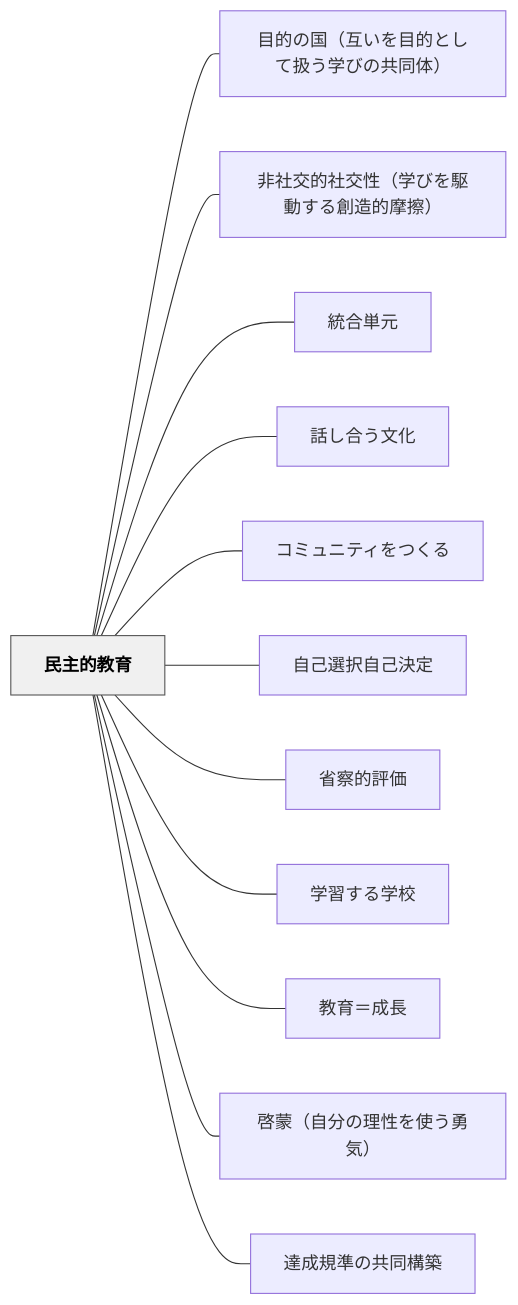
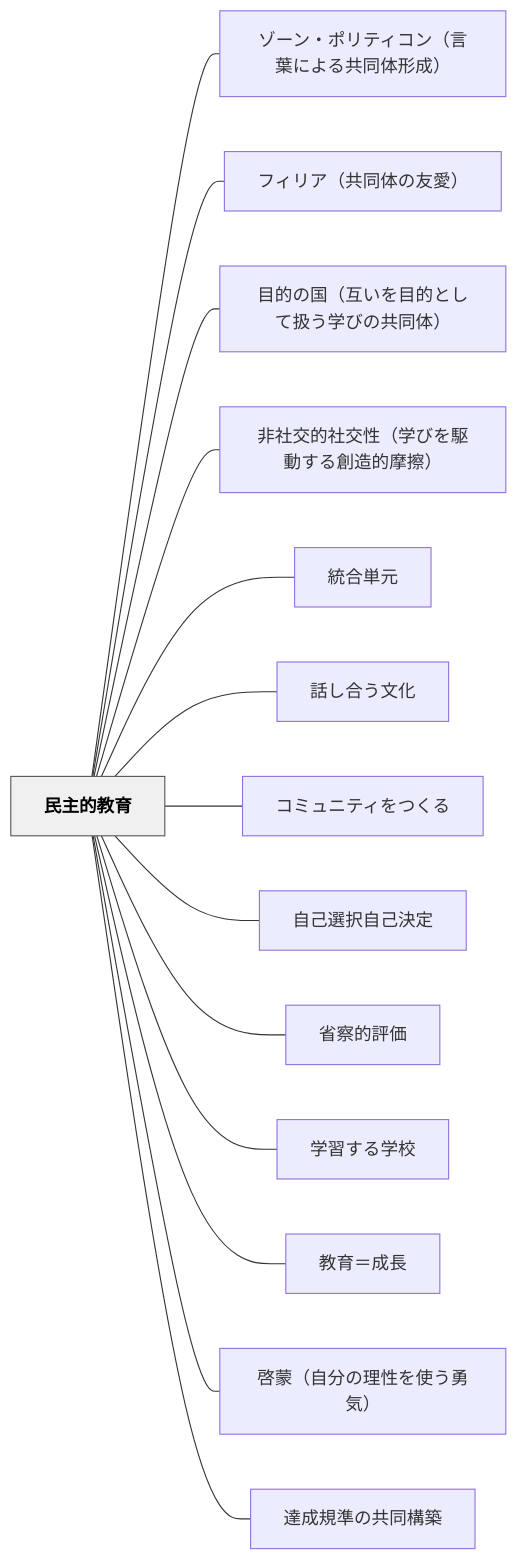
The diagram in content/パタン/民主的教育.md (unknownthings-ed-patterns/unknownthings-ed-patterns), drawn with Mermaid before and after one commit. The commit also changed other lines of this file and 19 other files, not shown here.

````diff
--- a/content/パタン/民主的教育.md
+++ b/content/パタン/民主的教育.md
@@ -154,30 +156,34 @@
 ```mermaid
 flowchart LR
     ne6b091e4b8bbe79a84e69599e882b2["民主的教育"]
+    ne382bee383bce383b3e383bbe3839de383aae38386e382a3e382b3e383b3efbc88e8a880e89189e381abe38288e3828be585b1e5908ce4bd93e5bda2e68890efbc89["ゾーン・ポリティコン（言葉による共同体形成）"]
+    ne38395e382a3e383aae382a2efbc88e585b1e5908ce4bd93e381aee58f8be6849befbc89["フィリア（共同体の友愛）"]
     ne79baee79a84e381aee59bbdefbc88e4ba92e38184e38292e79baee79a84e381a8e38197e381a6e689b1e38186e5ada6e381b3e381aee585b1e5908ce4bd93efbc89["目的の国（互いを目的として扱う学びの共同体）"]
     ne99d9ee7a4bee4baa4e79a84e7a4bee4baa4e680a7efbc88e5ada6e381b3e38292e9a786e58b95e38199e3828be589b5e980a0e79a84e691a9e693a6efbc89["非社交的社交性（学びを駆動する創造的摩擦）"]
     ne7b5b1e59088e58d98e58583["統合単元"]
     ne8a9b1e38197e59088e38186e69687e58c96["話し合う文化"]
     ne382b3e3839fe383a5e3838be38386e382a3e38292e381a4e3818fe3828b["コミュニティをつくる"]
     ne887aae5b7b1e981b8e68a9ee887aae5b7b1e6b1bae5ae9a["自己選択自己決定"]
     ne79c81e5af9fe79a84e8a995e4bea1["省察的評価"]
     ne5ada6e7bf92e38199e3828be5ada6e6a0a1["学習する学校"]
     ne69599e882b2efbc9de68890e995b7["教育＝成長"]
     ne59593e89299efbc88e887aae58886e381aee79086e680a7e38292e4bdbfe38186e58b87e6b097efbc89["啓蒙（自分の理性を使う勇気）"]
     ne98194e68890e8a68fe6ba96e381aee585b1e5908ce6a78be7af89["達成規準の共同構築"]
 
+    ne6b091e4b8bbe79a84e69599e882b2 --- ne382bee383bce383b3e383bbe3839de383aae38386e382a3e382b3e383b3efbc88e8a880e89189e381abe38288e3828be585b1e5908ce4bd93e5bda2e68890efbc89
+    ne6b091e4b8bbe79a84e69599e882b2 --- ne38395e382a3e383aae382a2efbc88e585b1e5908ce4bd93e381aee58f8be6849befbc89
     ne6b091e4b8bbe79a84e69599e882b2 --- ne79baee79a84e381aee59bbdefbc88e4ba92e38184e38292e79baee79a84e381a8e38197e381a6e689b1e38186e5ada6e381b3e381aee585b1e5908ce4bd93efbc89
     ne6b091e4b8bbe79a84e69599e882b2 --- ne99d9ee7a4bee4baa4e79a84e7a4bee4baa4e680a7efbc88e5ada6e381b3e38292e9a786e58b95e38199e3828be589b5e980a0e79a84e691a9e693a6efbc89
     ne6b091e4b8bbe79a84e69599e882b2 --- ne7b5b1e59088e58d98e58583
     ne6b091e4b8bbe79a84e69599e882b2 --- ne8a9b1e38197e59088e38186e69687e58c96
     ne6b091e4b8bbe79a84e69599e882b2 --- ne382b3e3839fe383a5e3838be38386e382a3e38292e381a4e3818fe3828b
     ne6b091e4b8bbe79a84e69599e882b2 --- ne887aae5b7b1e981b8e68a9ee887aae5b7b1e6b1bae5ae9a
     ne6b091e4b8bbe79a84e69599e882b2 --- ne79c81e5af9fe79a84e8a995e4bea1
     ne6b091e4b8bbe79a84e69599e882b2 --- ne5ada6e7bf92e38199e3828be5ada6e6a0a1
     ne6b091e4b8bbe79a84e69599e882b2 --- ne69599e882b2efbc9de68890e995b7
     ne6b091e4b8bbe79a84e69599e882b2 --- ne59593e89299efbc88e887aae58886e381aee79086e680a7e38292e4bdbfe38186e58b87e6b097efbc89
     ne6b091e4b8bbe79a84e69599e882b2 --- ne98194e68890e8a68fe6ba96e381aee585b1e5908ce6a78be7af89
 
     classDef hub fill:#f0f0f0,stroke:#555,color:#000,font-weight:bold
     class ne6b091e4b8bbe79a84e69599e882b2 hub
 ```
````
